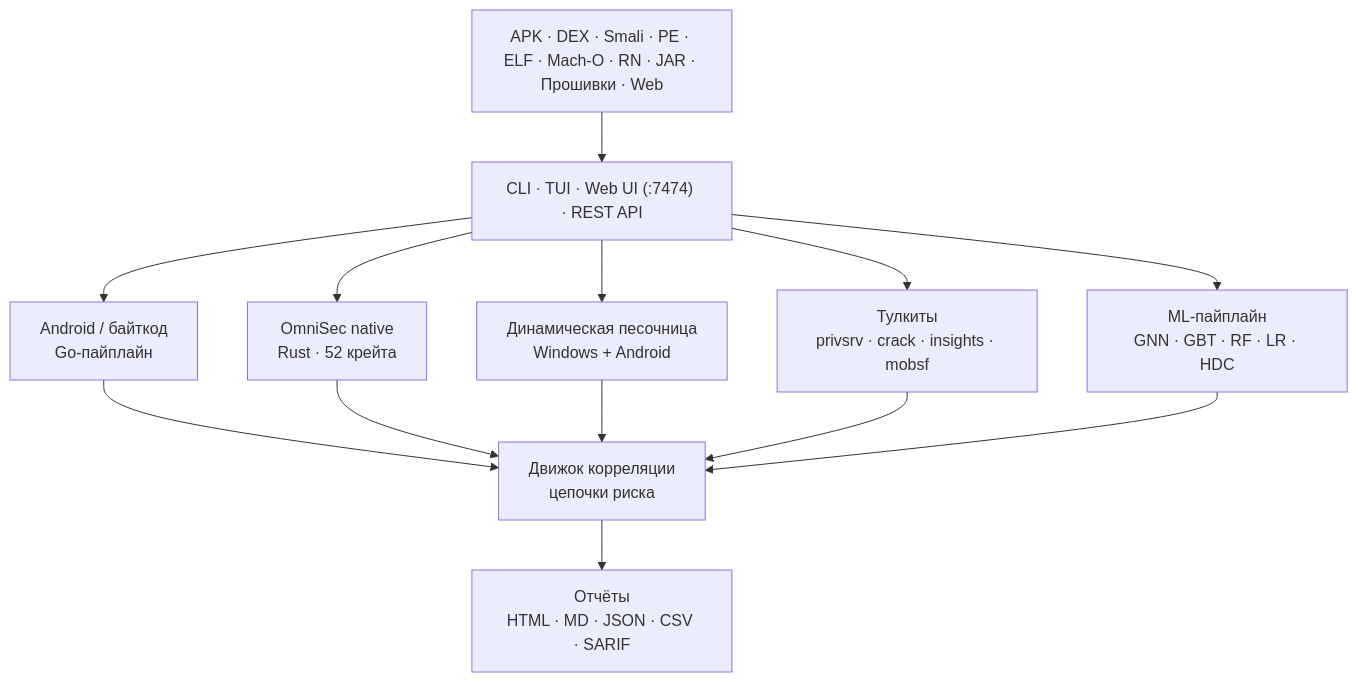
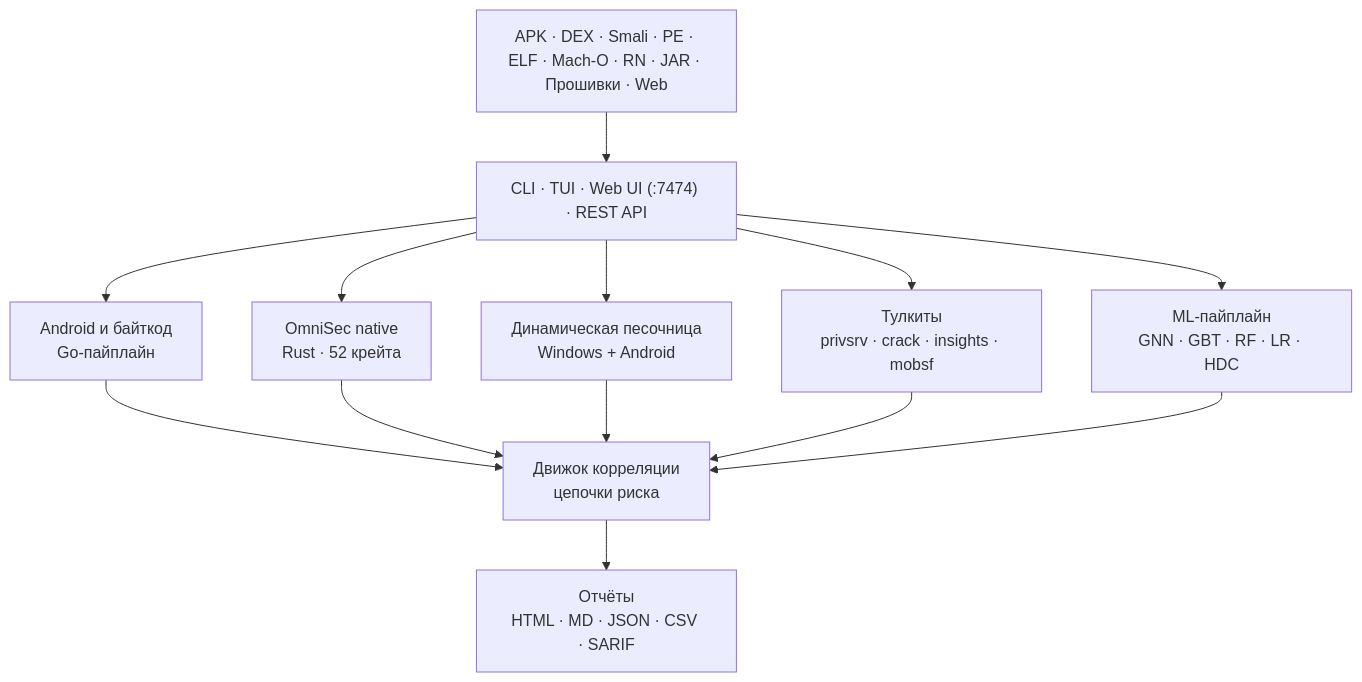
Before and after one commit to Promastergame/mega-analyzer: the diagram in README.ru.md, drawn with Mermaid. The commit also changed other lines of this file and 1 other file, not shown here.

````diff
--- a/README.ru.md
+++ b/README.ru.md
@@ -323,20 +396,20 @@
 ```mermaid
 flowchart TD
     IN["APK · DEX · Smali · PE · ELF · Mach-O · RN · JAR · Прошивки · Web"]
     UI["CLI · TUI · Web UI (:7474) · REST API"]
     IN --> UI
 
-    UI --> A["Android / байткод<br/>Go-пайплайн"]
+    UI --> A["Android и байткод<br/>Go-пайплайн"]
     UI --> B["OmniSec native<br/>Rust · 52 крейта"]
     UI --> C["Динамическая песочница<br/>Windows + Android"]
     UI --> D["Тулкиты<br/>privsrv · crack · insights · mobsf"]
     UI --> E["ML-пайплайн<br/>GNN · GBT · RF · LR · HDC"]
 
     A --> COR["Движок корреляции<br/>цепочки риска"]
     B --> COR
     C --> COR
     D --> COR
     E --> COR
 
     COR --> OUT["Отчёты<br/>HTML · MD · JSON · CSV · SARIF"]
 ```
````
